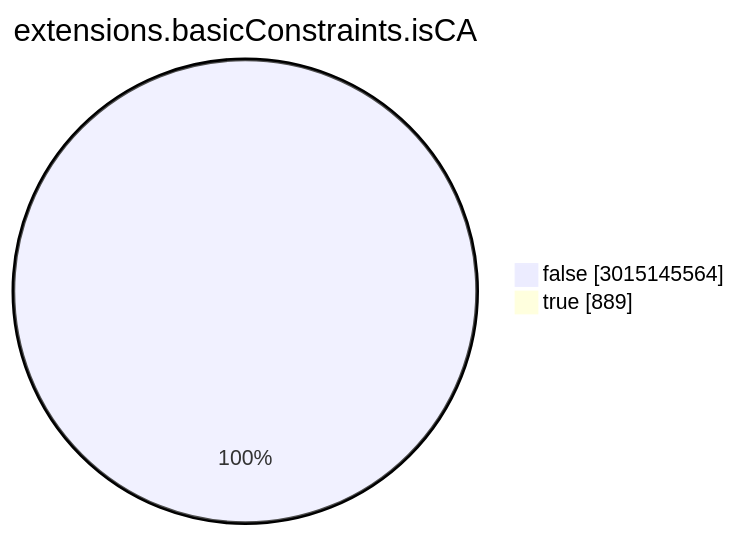
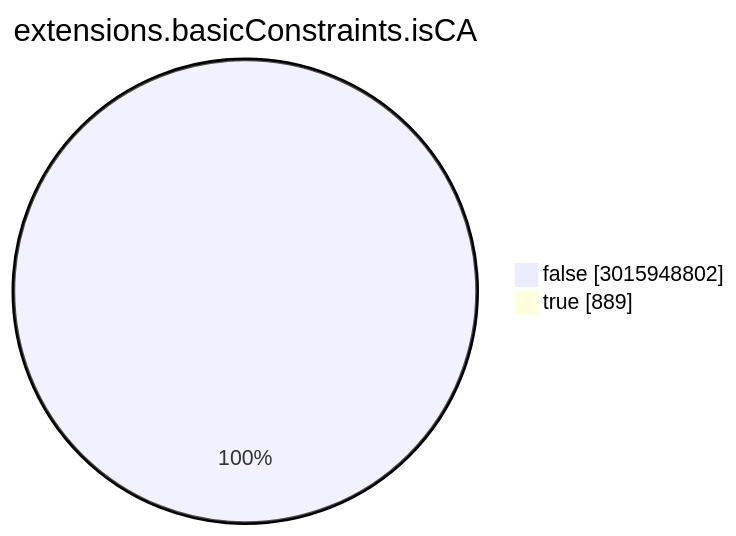
Before and after one commit to christiankrug/ctmonitor_visualization: the seventh of 15 diagrams in TOTAL/README.md, drawn with Mermaid. The commit also changed other lines of this file, not shown here.

````diff
--- a/TOTAL/README.md
+++ b/TOTAL/README.md
@@ -3082,6 +3084,6 @@
 ```mermaid
 pie showData
 title extensions.basicConstraints.isCA
-"false" :3015145564
+"false" :3015948802
 "true" :889
 ```
````
